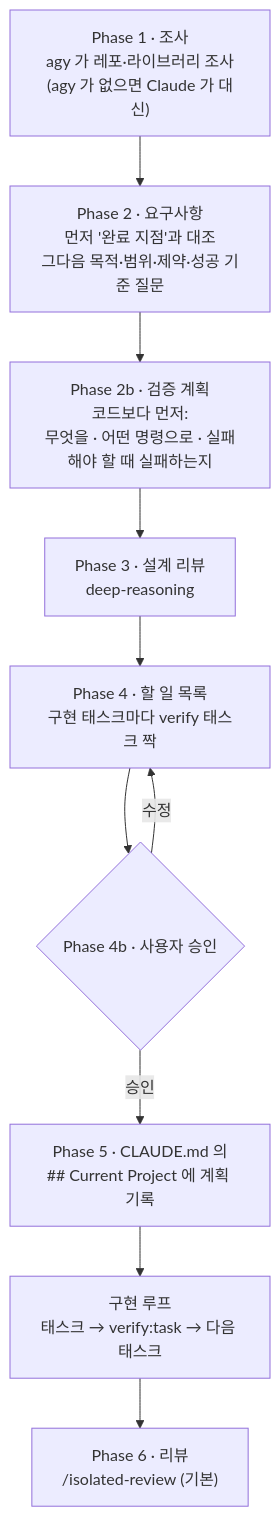
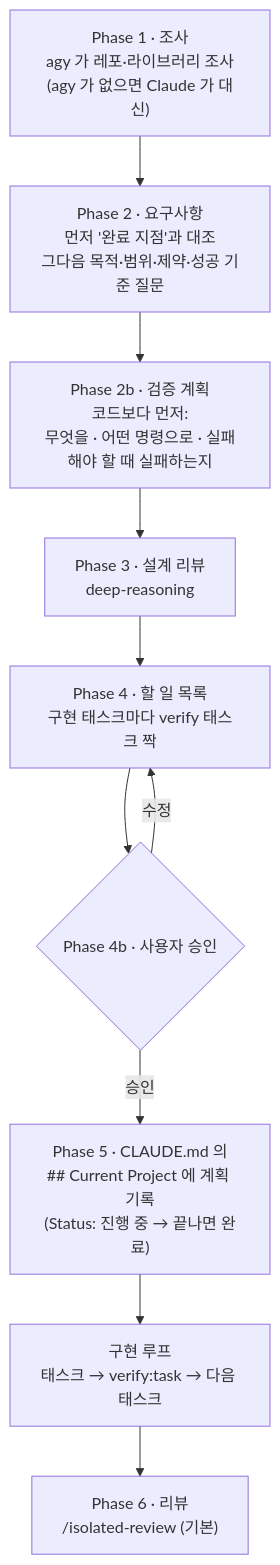
One commit to GunwooYun/claude-code-orchestrator changed the fourth of 6 diagrams in README.md. Above: the diagram before and after it, drawn with Mermaid. The commit also changed other lines of this file and 2 other files, not shown here.

````diff
--- a/README.md
+++ b/README.md
@@ -316,12 +366,12 @@
 ```mermaid
 flowchart TD
     P1["Phase 1 · 조사<br/>agy 가 레포·라이브러리 조사<br/>(agy 가 없으면 Claude 가 대신)"] --> P2["Phase 2 · 요구사항<br/>먼저 '완료 지점'과 대조<br/>그다음 목적·범위·제약·성공 기준 질문"]
     P2 --> P2b["Phase 2b · 검증 계획<br/>코드보다 먼저:<br/>무엇을 · 어떤 명령으로 · 실패해야 할 때 실패하는지"]
     P2b --> P3["Phase 3 · 설계 리뷰<br/>deep-reasoning"]
     P3 --> P4["Phase 4 · 할 일 목록<br/>구현 태스크마다 verify 태스크 짝"]
     P4 --> P4b{"Phase 4b · 사용자 승인"}
     P4b -- "수정" --> P4
-    P4b -- "승인" --> P5["Phase 5 · CLAUDE.md 의<br/>## Current Project 에 계획 기록"]
+    P4b -- "승인" --> P5["Phase 5 · CLAUDE.md 의<br/>## Current Project 에 계획 기록<br/>(Status: 진행 중 → 끝나면 완료)"]
     P5 --> L["구현 루프<br/>태스크 → verify:task → 다음 태스크"]
     L --> P6["Phase 6 · 리뷰<br/>/isolated-review (기본)"]
 ```
````
